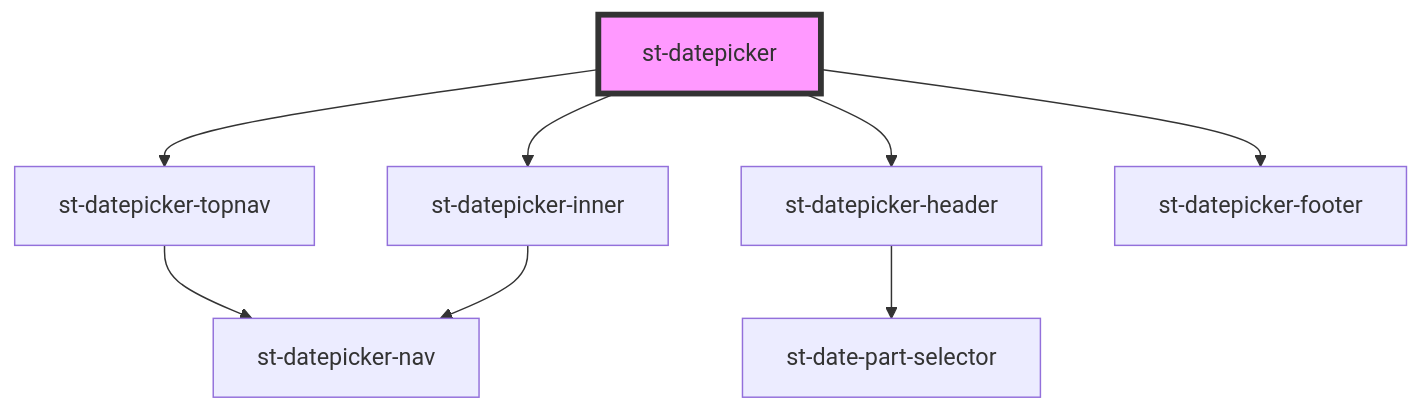
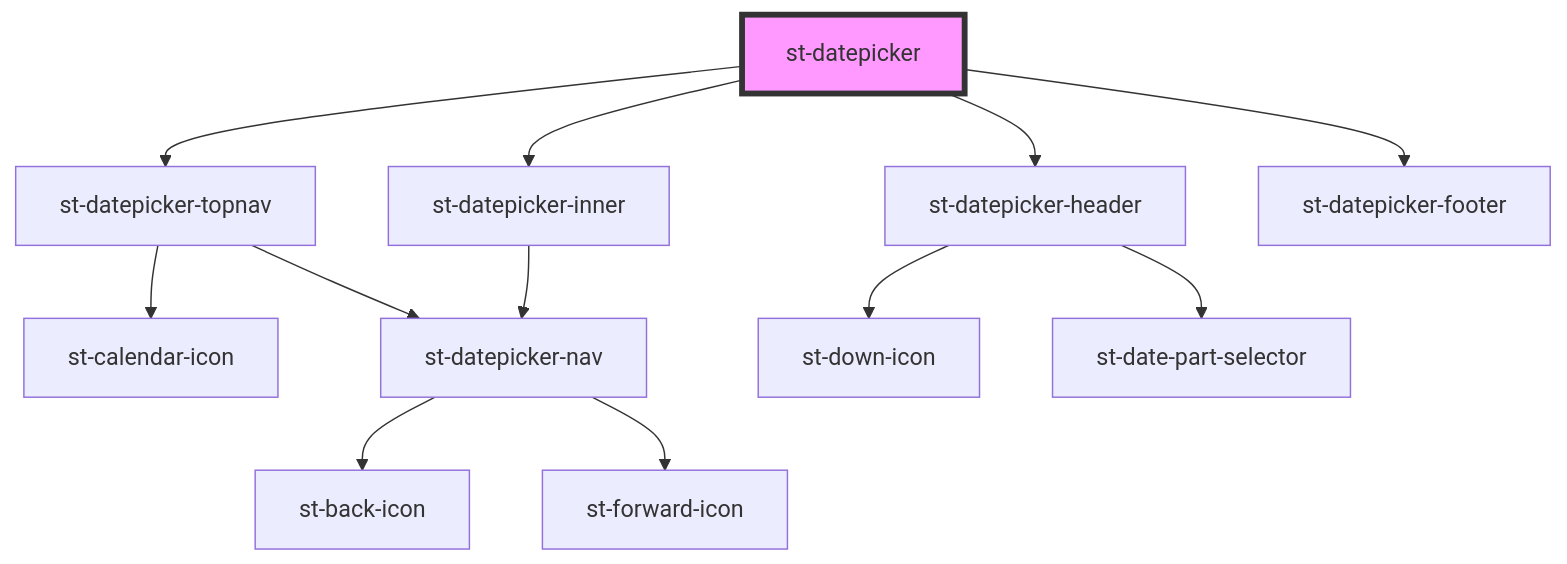
Before and after one commit to k1laba/st-datepicker: the diagram in src/components/st-datepicker/readme.md, drawn with Mermaid. The commit also changed 25 other files, not shown here.

````diff
--- a/src/components/st-datepicker/readme.md
+++ b/src/components/st-datepicker/readme.md
@@ -52,11 +52,15 @@
 ```mermaid
 graph TD;
   st-datepicker --> st-datepicker-topnav
   st-datepicker --> st-datepicker-header
   st-datepicker --> st-datepicker-inner
   st-datepicker --> st-datepicker-footer
+  st-datepicker-topnav --> st-calendar-icon
   st-datepicker-topnav --> st-datepicker-nav
+  st-datepicker-nav --> st-back-icon
+  st-datepicker-nav --> st-forward-icon
+  st-datepicker-header --> st-down-icon
   st-datepicker-header --> st-date-part-selector
   st-datepicker-inner --> st-datepicker-nav
   style st-datepicker fill:#f9f,stroke:#333,stroke-width:4px
 ```
````
